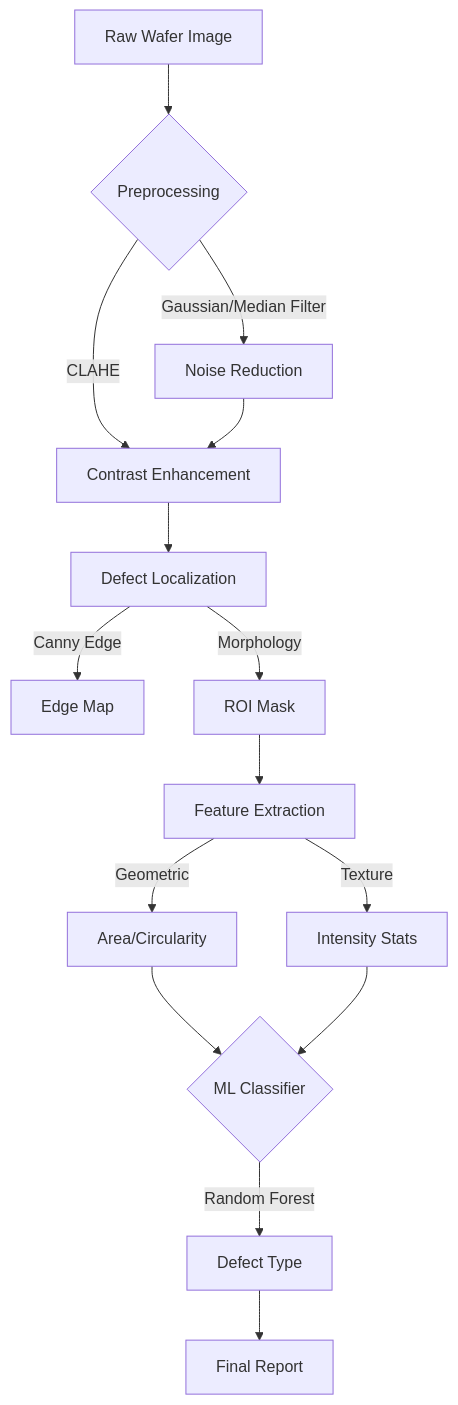
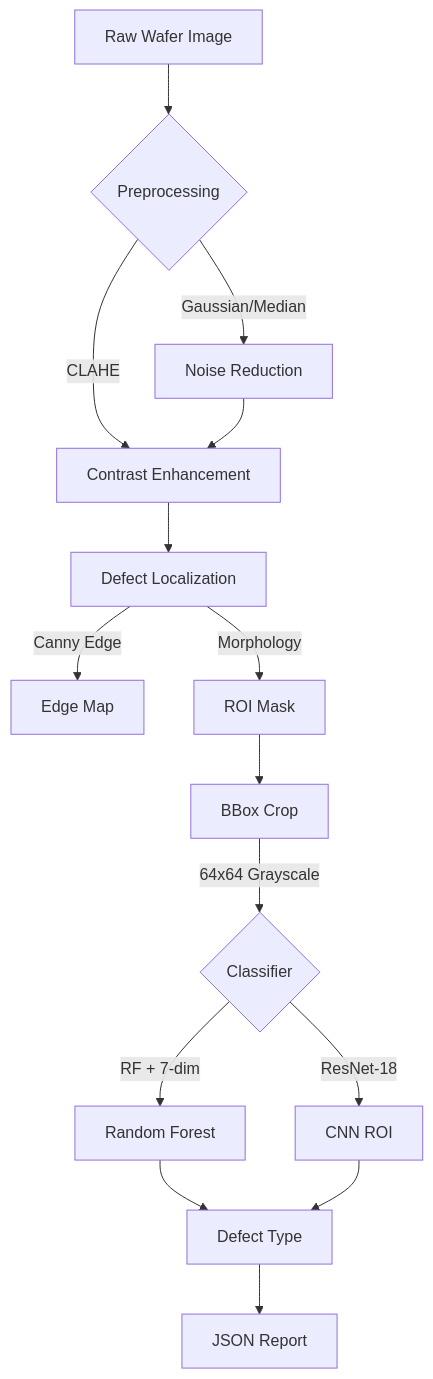
One commit to z7f-ctrl/WaferDefectX changed the diagram in README.md. Above: the diagram before and after it, drawn with Mermaid. The commit also changed other lines of this file, not shown here.

````diff
--- a/README.md
+++ b/README.md
@@ -6,17 +11,17 @@
 ```mermaid
 graph TD
     A[Raw Wafer Image] --> B{Preprocessing}
-    B -->|Gaussian/Median Filter| C[Noise Reduction]
+    B -->|Gaussian/Median| C[Noise Reduction]
     B -->|CLAHE| D[Contrast Enhancement]
     C --> D
     D --> E[Defect Localization]
     E -->|Canny Edge| F[Edge Map]
     E -->|Morphology| G[ROI Mask]
-    G --> H[Feature Extraction]
-    H -->|Geometric| I[Area/Circularity]
-    H -->|Texture| J[Intensity Stats]
-    I --> K{ML Classifier}
-    J --> K
-    K -->|Random Forest| L[Defect Type]
-    L --> M[Final Report]
+    G --> H[BBox Crop]
+    H -->|64x64 Grayscale| I{Classifier}
+    I -->|RF + 7-dim| J[Random Forest]
+    I -->|ResNet-18| K[CNN ROI]
+    J --> L[Defect Type]
+    K --> L
+    L --> M[JSON Report]
 ```
````
